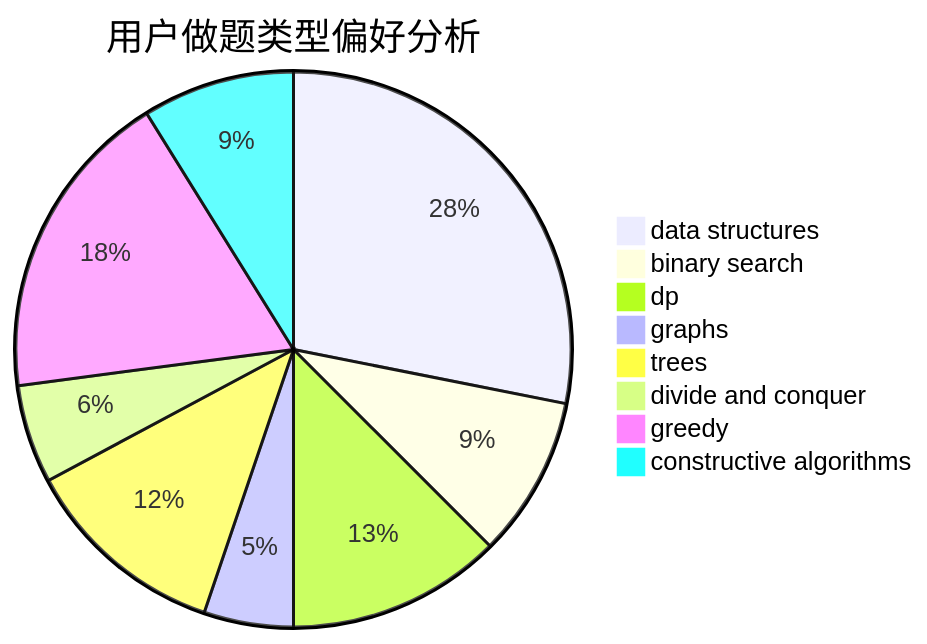
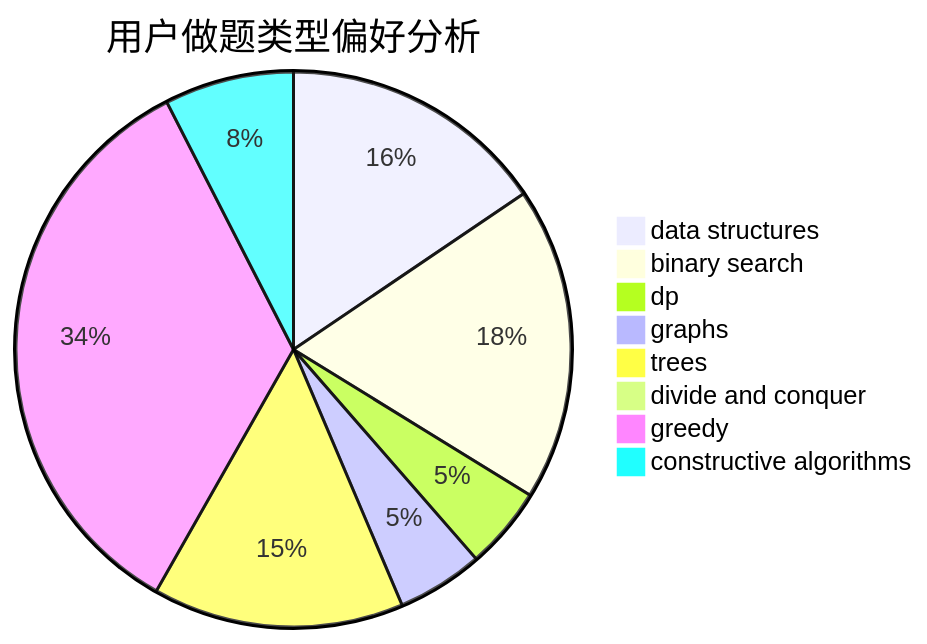
The second of 3 diagrams in docs/user/u1663.md (sherpahu/cfrs.github.io), drawn with Mermaid before and after one commit. The commit also changed other lines of this file and 2770 other files, not shown here.

````diff
--- a/docs/user/u1663.md
+++ b/docs/user/u1663.md
@@ -23,11 +23,11 @@
 ```mermaid
 pie title 用户做题类型偏好分析
-    "data structures" :  54
-    "binary search" :  18
-    "dp" :  24
-    "graphs" :  10
-    "trees" :  23
-    "divide and conquer" :  11
-    "greedy" :  35
-    "constructive algorithms" :  17
+    "data structures" :  68
+    "binary search" :  80
+    "dp" :  21
+    "graphs" :  22
+    "trees" :  64
+    "divide and conquer" :  0
+    "greedy" :  150
+    "constructive algorithms" :  33
 ```
````
